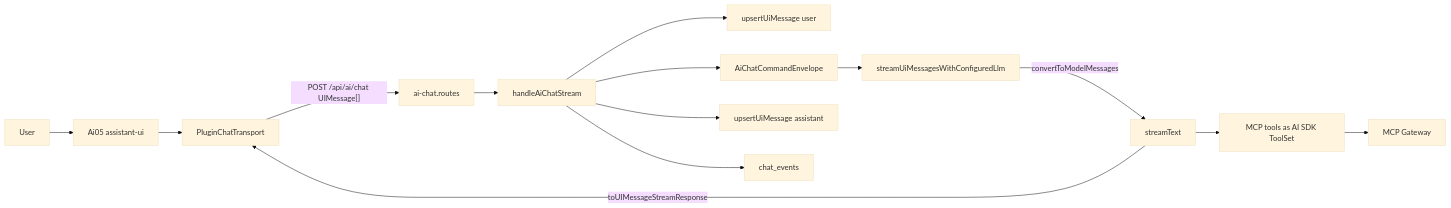
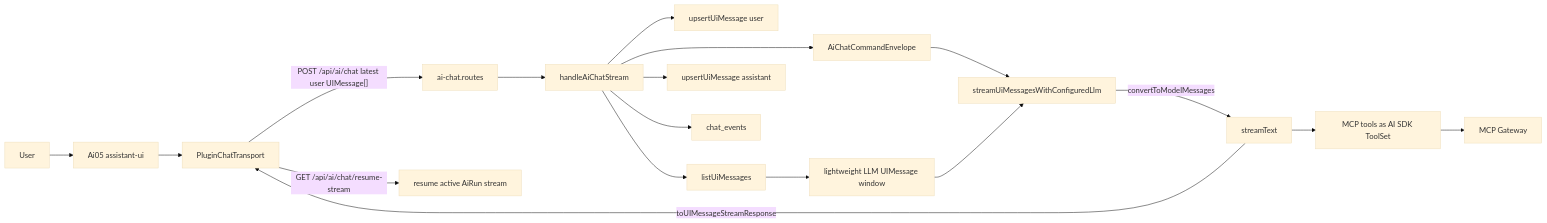
One commit to sliuxiangyin/wclaw changed the first of 3 diagrams in docs/项目功能/消息流程/chat消息架构设计.md. Above: the diagram before and after it, drawn with Mermaid (base theme). The commit also changed other lines of this file and 22 other files, not shown here.

````diff
--- a/docs/项目功能/消息流程/chat消息架构设计.md
+++ b/docs/项目功能/消息流程/chat消息架构设计.md
@@ -14,16 +16,20 @@
 ```mermaid
 flowchart LR
   User[User] --> Console[Ai05 assistant-ui]
   Console --> Transport[PluginChatTransport]
-  Transport -->|"POST /api/ai/chat UIMessage[]"| Route[ai-chat.routes]
+  Transport -->|"POST /api/ai/chat latest user UIMessage[]"| Route[ai-chat.routes]
   Route --> Controller[handleAiChatStream]
   Controller --> StoreUser[upsertUiMessage user]
+  Controller --> DbHistory[listUiMessages]
+  DbHistory --> LlmContext[lightweight LLM UIMessage window]
   Controller --> Router[AiChatCommandEnvelope]
   Router --> LlmRuntime[streamUiMessagesWithConfiguredLlm]
+  LlmContext --> LlmRuntime
   LlmRuntime -->|"convertToModelMessages"| AiSdk[streamText]
   AiSdk --> Tools[MCP tools as AI SDK ToolSet]
   Tools --> Gateway[MCP Gateway]
   AiSdk -->|"toUIMessageStreamResponse"| Transport
   Controller --> StoreAssistant[upsertUiMessage assistant]
   Controller --> Events[chat_events]
+  Transport -->|"GET /api/ai/chat/resume-stream"| Resume[resume active AiRun stream]
 ```
````
